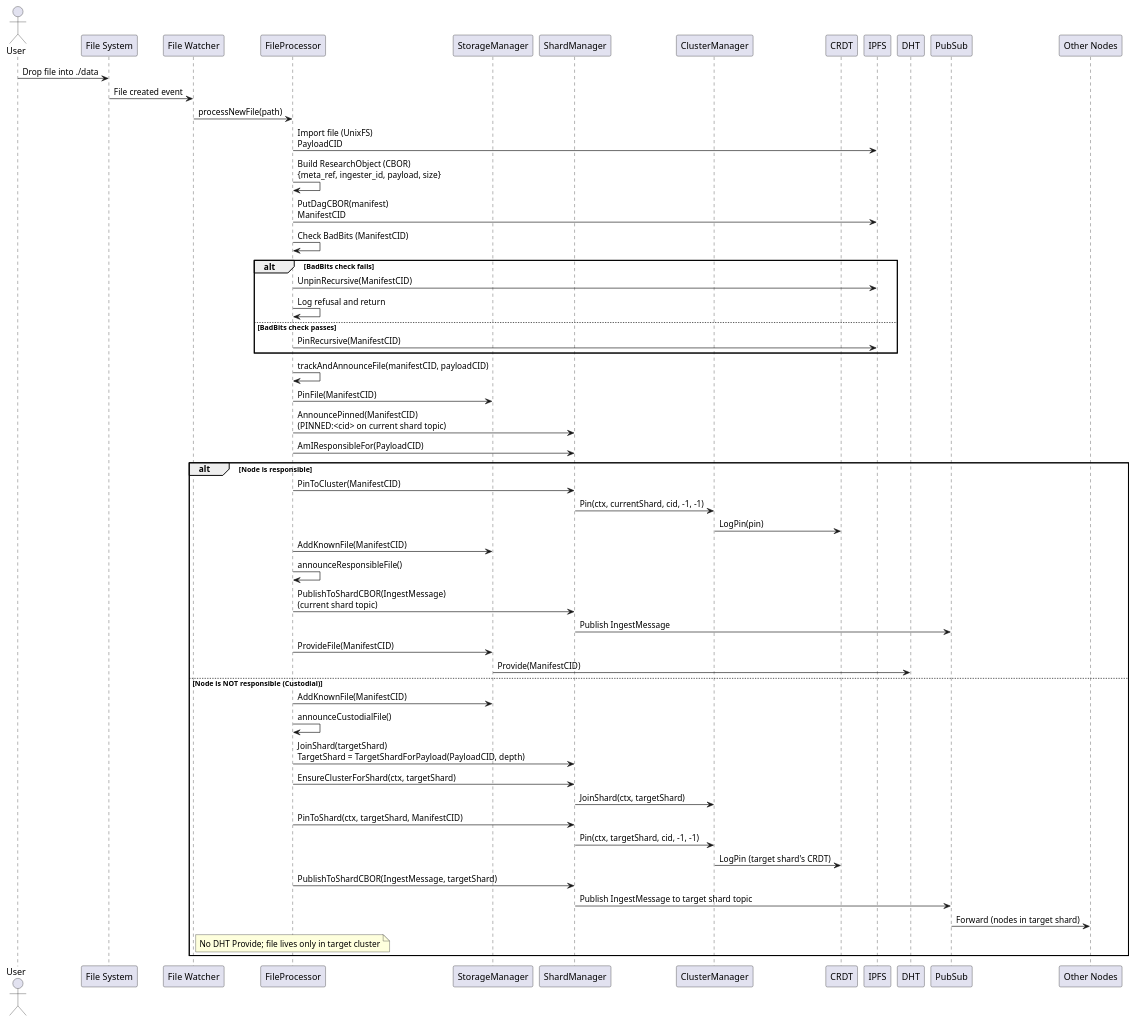
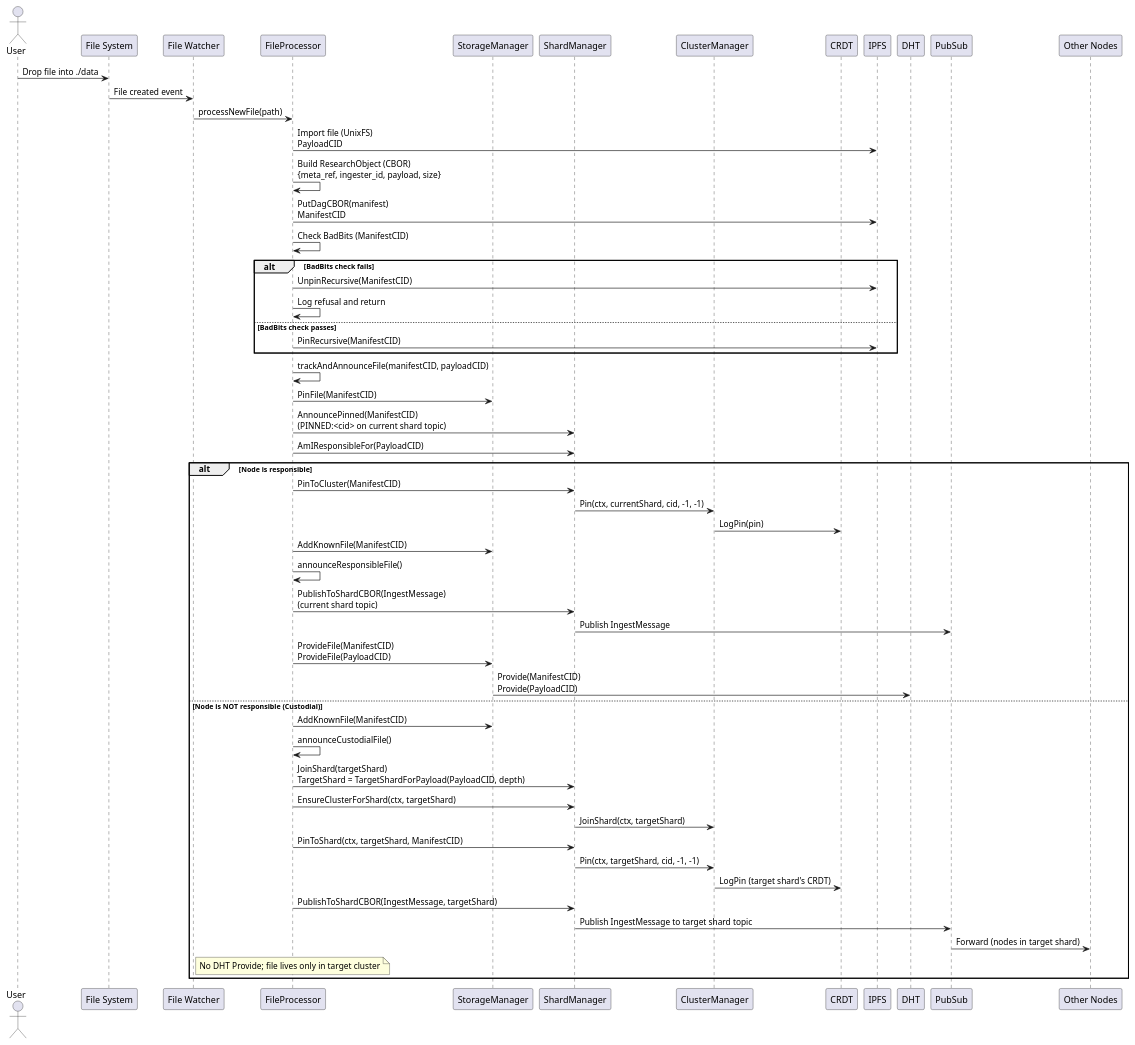
One commit to gipplab/D-LOCKSS changed the diagram in docs/file_ingestion_sequence.puml. Above: the diagram before and after it, drawn with PlantUML. The commit also changed 4 other files, not shown here.

Commit message:
fix provide manifest and payload to ipfs from all shard nodes directly after replication

```diff
--- a/docs/file_ingestion_sequence.puml
+++ b/docs/file_ingestion_sequence.puml
@@ -1,61 +1,61 @@
 @startuml File Ingestion Sequence
 
 actor User
 participant "File System" as FS
 participant "File Watcher" as Watcher
 participant "FileProcessor" as FileOps
 participant "StorageManager" as Storage
 participant "ShardManager" as ShardMgr
 participant "ClusterManager" as ClusterMgr
 participant "CRDT" as CRDT
 participant "IPFS" as IPFS
 participant "DHT" as DHT
 participant "PubSub" as PubSub
 participant "Other Nodes" as Nodes
 
 User -> FS: Drop file into ./data
 FS -> Watcher: File created event
 Watcher -> FileOps: processNewFile(path)
 
 FileOps -> IPFS: Import file (UnixFS)\nPayloadCID
 FileOps -> FileOps: Build ResearchObject (CBOR)\n{meta_ref, ingester_id, payload, size}
 FileOps -> IPFS: PutDagCBOR(manifest)\nManifestCID
 FileOps -> FileOps: Check BadBits (ManifestCID)
 alt BadBits check fails
     FileOps -> IPFS: UnpinRecursive(ManifestCID)
     FileOps -> FileOps: Log refusal and return
 else BadBits check passes
     FileOps -> IPFS: PinRecursive(ManifestCID)
 end
 
 FileOps -> FileOps: trackAndAnnounceFile(manifestCID, payloadCID)
 FileOps -> Storage: PinFile(ManifestCID)
 FileOps -> ShardMgr: AnnouncePinned(ManifestCID)\n(PINNED:<cid> on current shard topic)
 FileOps -> ShardMgr: AmIResponsibleFor(PayloadCID)
 
 alt Node is responsible
     FileOps -> ShardMgr: PinToCluster(ManifestCID)
     ShardMgr -> ClusterMgr: Pin(ctx, currentShard, cid, -1, -1)
     ClusterMgr -> CRDT: LogPin(pin)
     FileOps -> Storage: AddKnownFile(ManifestCID)
     FileOps -> FileOps: announceResponsibleFile()
     FileOps -> ShardMgr: PublishToShardCBOR(IngestMessage)\n(current shard topic)
     ShardMgr -> PubSub: Publish IngestMessage
-    FileOps -> Storage: ProvideFile(ManifestCID)
-    Storage -> DHT: Provide(ManifestCID)
+    FileOps -> Storage: ProvideFile(ManifestCID)\nProvideFile(PayloadCID)
+    Storage -> DHT: Provide(ManifestCID)\nProvide(PayloadCID)
 else Node is NOT responsible (Custodial)
     FileOps -> Storage: AddKnownFile(ManifestCID)
     FileOps -> FileOps: announceCustodialFile()
     FileOps -> ShardMgr: JoinShard(targetShard)\nTargetShard = TargetShardForPayload(PayloadCID, depth)
     FileOps -> ShardMgr: EnsureClusterForShard(ctx, targetShard)
     ShardMgr -> ClusterMgr: JoinShard(ctx, targetShard)
     FileOps -> ShardMgr: PinToShard(ctx, targetShard, ManifestCID)
     ShardMgr -> ClusterMgr: Pin(ctx, targetShard, cid, -1, -1)
     ClusterMgr -> CRDT: LogPin (target shard's CRDT)
     FileOps -> ShardMgr: PublishToShardCBOR(IngestMessage, targetShard)
     ShardMgr -> PubSub: Publish IngestMessage to target shard topic
     PubSub -> Nodes: Forward (nodes in target shard)
     Note over FileOps: No DHT Provide; file lives only in target cluster
 end
 
 @enduml
```
